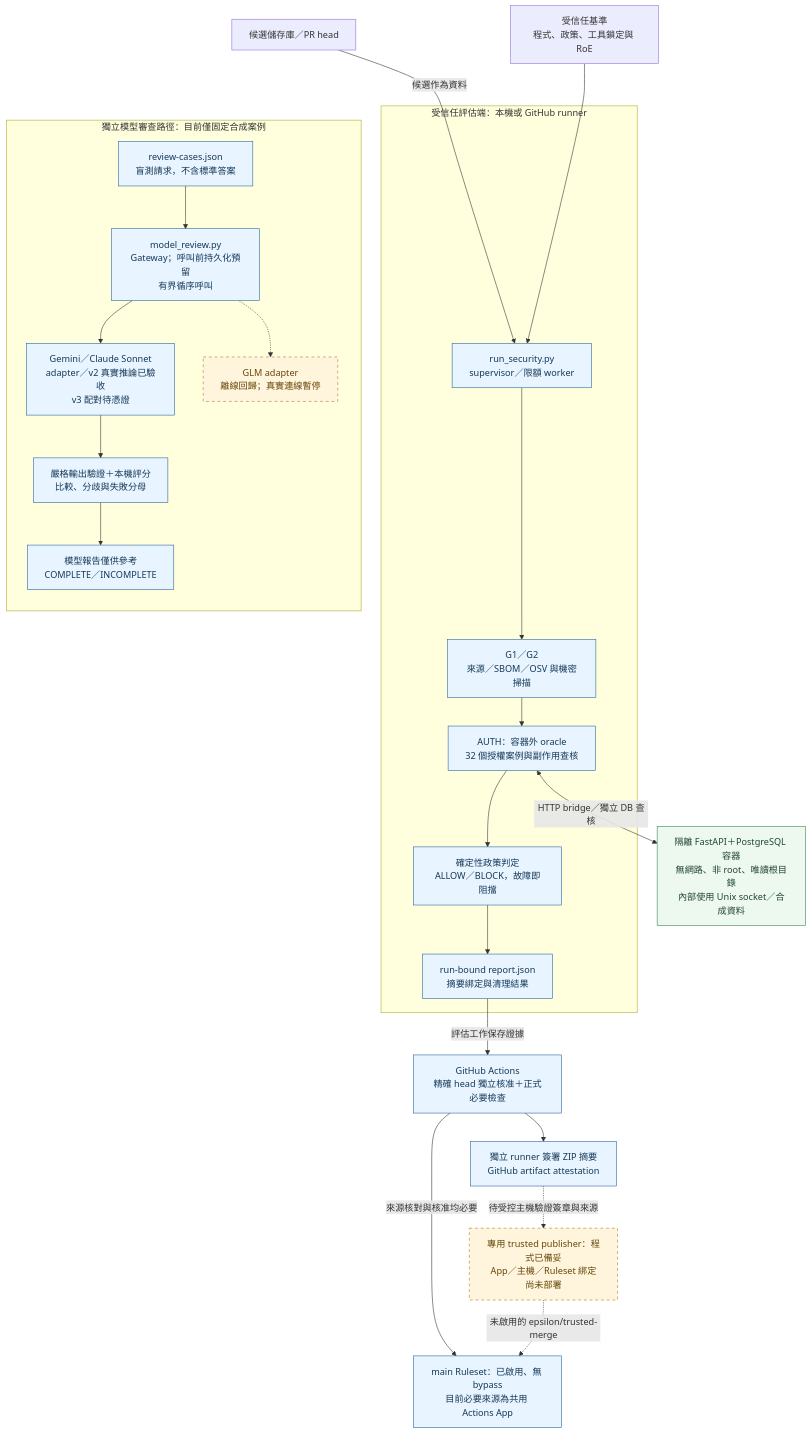
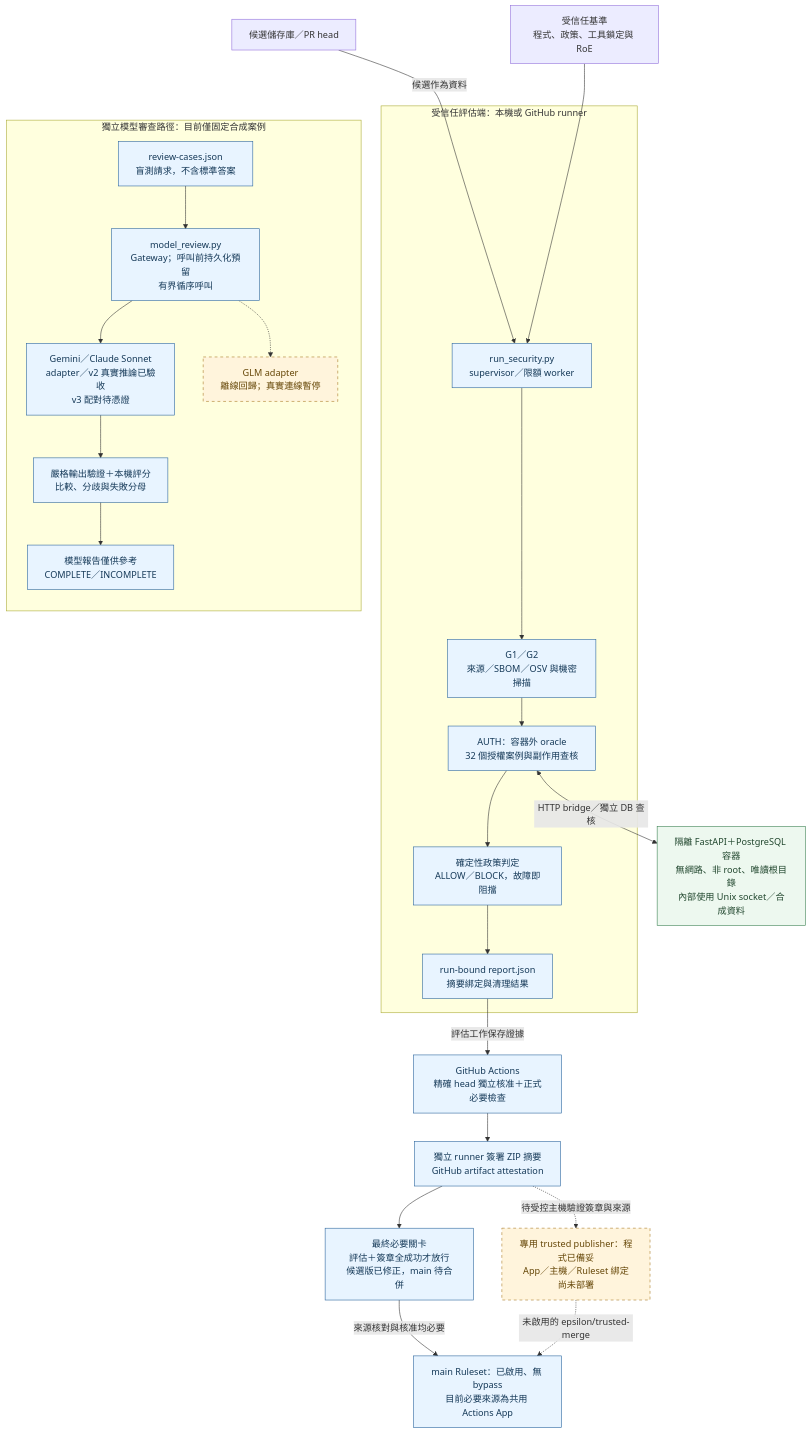
Before and after one commit to chinchiang/MultiAgentEpsilon: the diagram in docs/diagrams/architecture-overview.mmd, drawn with Mermaid. The commit also changed 13 other files, not shown here.

```diff
--- a/docs/diagrams/architecture-overview.mmd
+++ b/docs/diagrams/architecture-overview.mmd
@@ -1,52 +1,53 @@
 flowchart TB
     Source["候選儲存庫／PR head"]
     Trust["受信任基準<br/>程式、政策、工具鎖定與 RoE"]
 
     subgraph Evaluator["受信任評估端：本機或 GitHub runner"]
         Run["run_security.py<br/>supervisor／限額 worker"]
         Scan["G1／G2<br/>來源／SBOM／OSV 與機密掃描"]
         Oracle["AUTH：容器外 oracle<br/>32 個授權案例與副作用查核"]
         Decision["確定性政策判定<br/>ALLOW／BLOCK，故障即阻擋"]
         Report["run-bound report.json<br/>摘要綁定與清理結果"]
         Run --> Scan --> Oracle --> Decision --> Report
     end
 
     Isolation["隔離 FastAPI＋PostgreSQL 容器<br/>無網路、非 root、唯讀根目錄<br/>內部使用 Unix socket／合成資料"]
 
     Source -->|"候選作為資料"| Run
     Trust --> Run
     Oracle <-->|"HTTP bridge／獨立 DB 查核"| Isolation
 
     subgraph ModelPath["獨立模型審查路徑：目前僅固定合成案例"]
         direction TB
         Cases["review-cases.json<br/>盲測請求，不含標準答案"]
         Gateway["model_review.py<br/>Gateway；呼叫前持久化預留<br/>有界循序呼叫"]
         Live["Gemini／Claude Sonnet<br/>adapter／v2 真實推論已驗收<br/>v3 配對待憑證"]
         GLM["GLM adapter<br/>離線回歸；真實連線暫停"]
         Score["嚴格輸出驗證＋本機評分<br/>比較、分歧與失敗分母"]
         Advisory["模型報告僅供參考<br/>COMPLETE／INCOMPLETE"]
         Cases --> Gateway
         Gateway --> Live --> Score
         Gateway -.-> GLM
         Score --> Advisory
     end
 
     %% 僅對齊兩條獨立路徑，沒有資料交換。
     Source ~~~ Cases
 
     CI["GitHub Actions<br/>精確 head 獨立核准＋正式必要檢查"]
     Signed["獨立 runner 簽署 ZIP 摘要<br/>GitHub artifact attestation"]
     Rules["main Ruleset：已啟用、無 bypass<br/>目前必要來源為共用 Actions App"]
     Publisher["專用 trusted publisher：程式已備妥<br/>App／主機／Ruleset 綁定尚未部署"]
     Report -->|"評估工作保存證據"| CI
     CI --> Signed
-    CI -->|"來源核對與核准均必要"| Rules
+    Signed --> Completion["最終必要關卡<br/>評估＋簽章全成功才放行<br/>候選版已修正，main 待合併"]
+    Completion -->|"來源核對與核准均必要"| Rules
     Signed -.->|"待受控主機驗證簽章與來源"| Publisher
     Publisher -.->|"未啟用的 epsilon/trusted-merge"| Rules
 
     classDef implemented fill:#e8f4ff,stroke:#28629b,color:#153958;
     classDef isolated fill:#edf8ef,stroke:#3a8051,color:#21472e;
     classDef pending fill:#fff4dc,stroke:#a67822,stroke-dasharray:5 5,color:#664708;
-    class Run,Scan,Oracle,Decision,Report,Cases,Gateway,Live,Score,Advisory,CI,Signed,Rules implemented;
+    class Run,Scan,Oracle,Decision,Report,Cases,Gateway,Live,Score,Advisory,CI,Signed,Completion,Rules implemented;
     class Isolation isolated;
     class GLM,Publisher pending;
```
